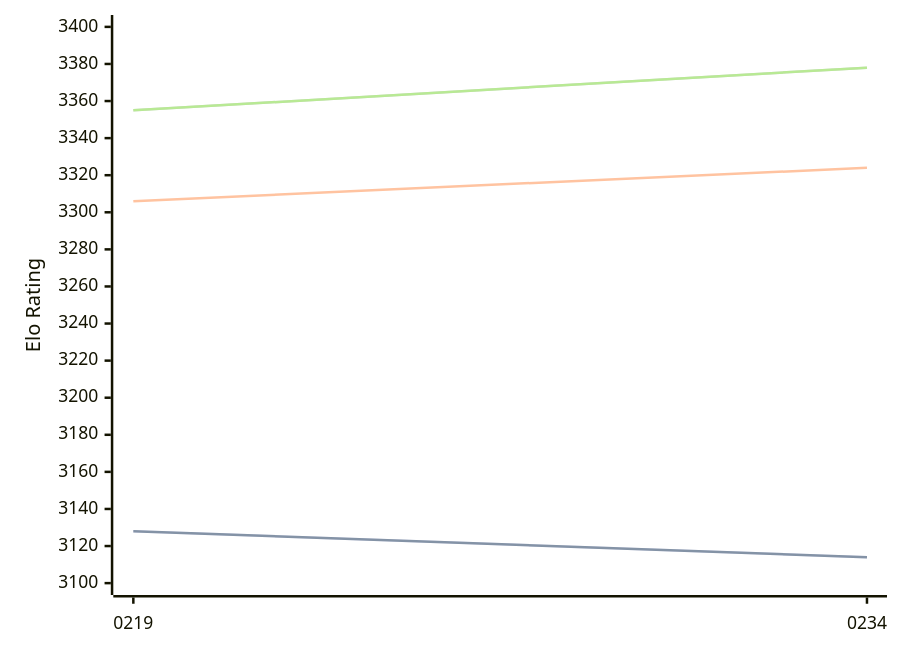
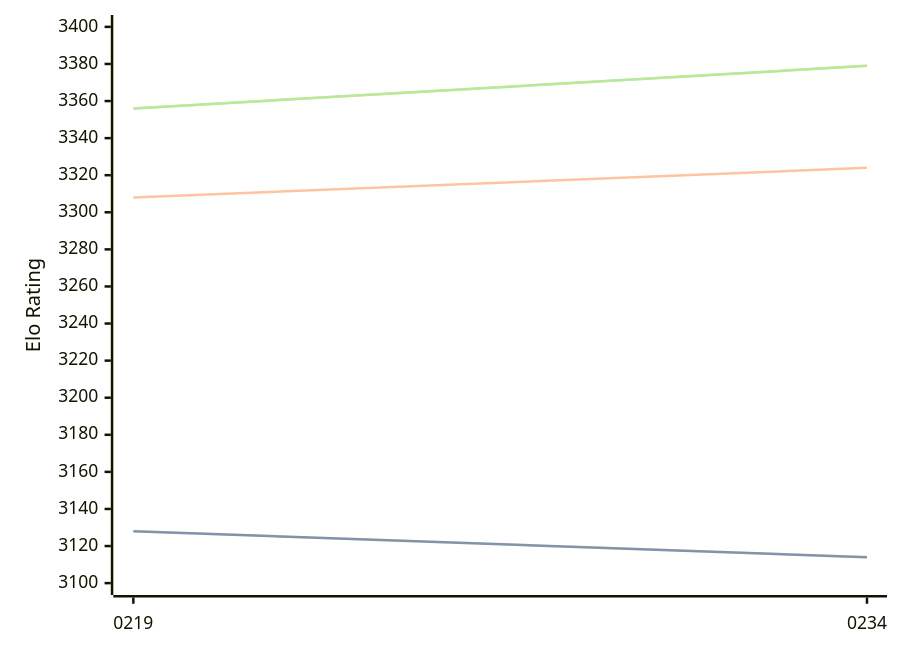
Before and after one commit to computer-chess-index/cci: the first of 3 diagrams in engines/Ynode.md, drawn with Mermaid. The commit also changed other lines of this file, not shown here.

Commit message:
Update CCI Ratings (ELO VLTC) - 2026-07-17

````diff
--- a/engines/Ynode.md
+++ b/engines/Ynode.md
@@ -39,11 +39,11 @@
 ```mermaid
 %%{init: {"theme":"base","themeVariables":{"seriesColors:['#a3a3a3','#222221','#faa371']}}}%%
 xychart-beta
   x-axis ["0219", "0234"]
   y-axis "Elo Rating" 3100 --> 3400
   line "STC (8.0+0.08s)" [3128, 3114]
   line "STC (8.0+0.08s)" [3128, 3114]
-  line "LTC (60.0+0.60s)" [3306, 3324]
-  line "VLTC (2m24s+1.12s)" [3355, 3378]
-  line "VLTC (2m24s+1.12s)" [3355, 3378]
+  line "LTC (60.0+0.60s)" [3308, 3324]
+  line "VLTC (2m24s+1.12s)" [3356, 3379]
+  line "VLTC (2m24s+1.12s)" [3356, 3379]
 ```
````
